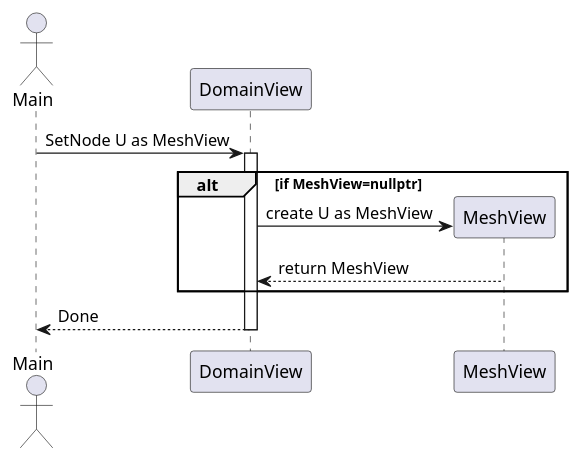
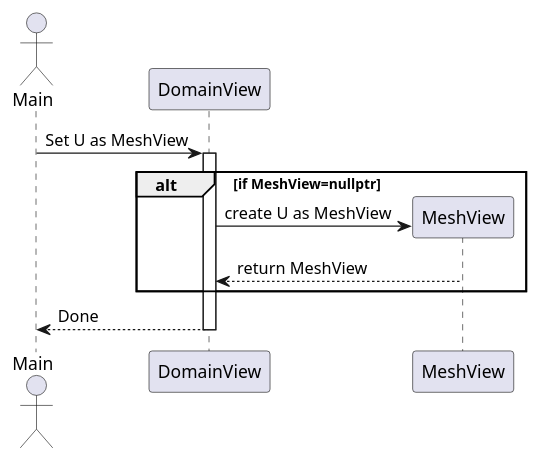
One commit to simpla-fusion/SimPla changed the third of 5 diagrams in src/simpla/engine/engine.puml. Above: the diagram before and after it, drawn with PlantUML. The commit also changed 23 other files, not shown here.

```diff
--- a/src/simpla/engine/engine.puml
+++ b/src/simpla/engine/engine.puml
@@ -186,12 +186,12 @@
   @startuml
   actor Main
-  Main -> DomainView : SetNode U as MeshView
+  Main -> DomainView : Set U as MeshView
   activate DomainView
       alt if MeshView=nullptr
            create MeshView
       DomainView -> MeshView : create U as MeshView
       MeshView --> DomainView: return MeshView
       end
       DomainView --> Main : Done
   deactivate DomainView
   @enduml
```
